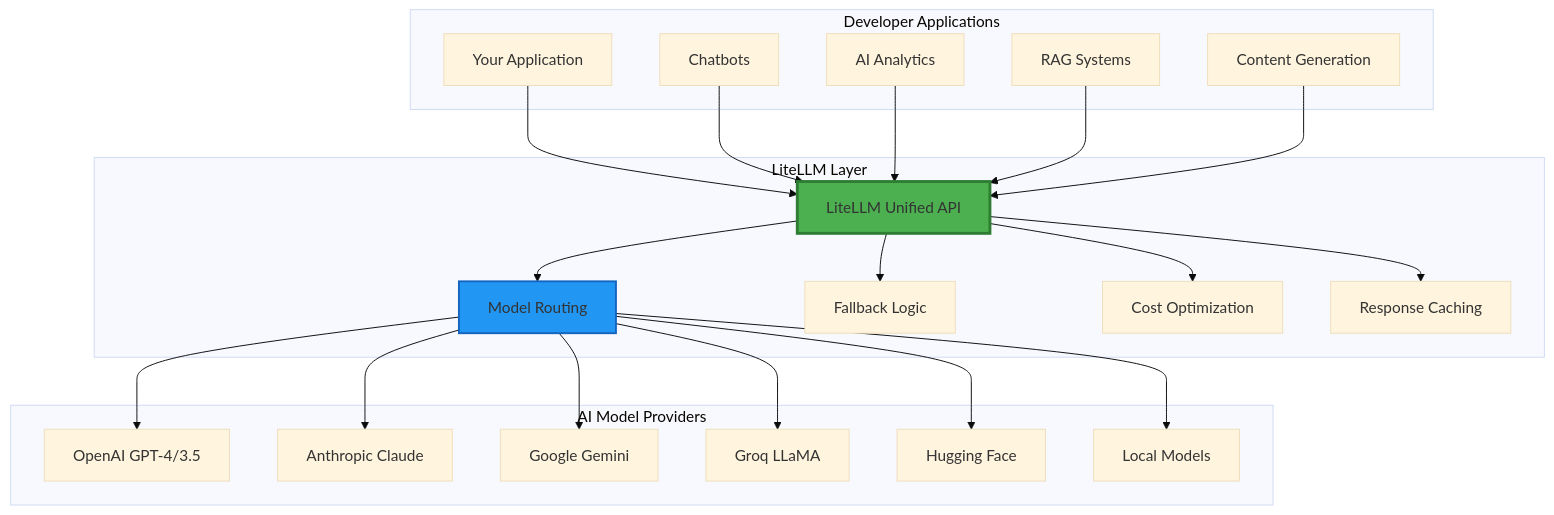
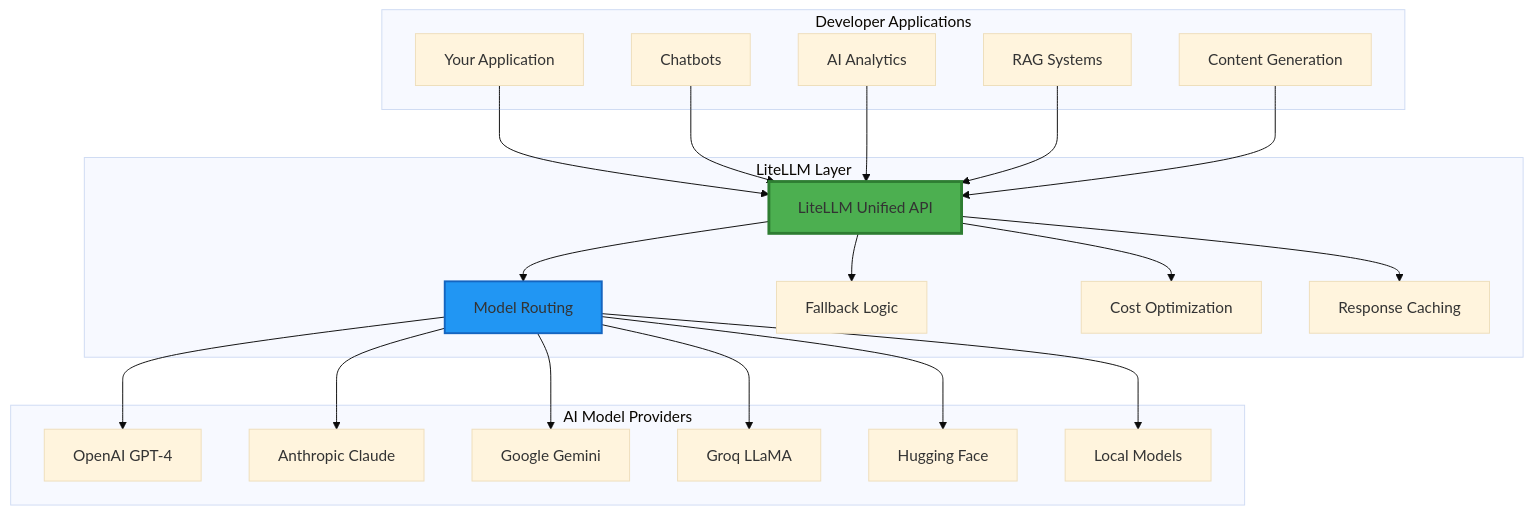
The first of 8 diagrams in README.MD (dhruvsh1997/LiteLLM-Experiments), drawn with Mermaid (base theme) before and after one commit. The commit also changed other lines of this file, not shown here.

````diff
--- a/README.MD
+++ b/README.MD
@@ -47,48 +47,48 @@
 ```mermaid
 graph TB
     subgraph "Developer Applications"
         A[Your Application]
         B[Chatbots]
         C[AI Analytics]
         D[RAG Systems]
         E[Content Generation]
     end
     
     subgraph "LiteLLM Layer"
         F[LiteLLM Unified API]
         G[Model Routing]
         H[Fallback Logic]
         I[Cost Optimization]
         J[Response Caching]
     end
     
     subgraph "AI Model Providers"
-        K[OpenAI GPT-4/3.5]
+        K[OpenAI GPT-4]
         L[Anthropic Claude]
         M[Google Gemini]
         N[Groq LLaMA]
         O[Hugging Face]
         P[Local Models]
     end
     
     A --> F
     B --> F
     C --> F
     D --> F
     E --> F
     
     F --> G
     F --> H
     F --> I
     F --> J
     
     G --> K
     G --> L
     G --> M
     G --> N
     G --> O
     G --> P
     
     style F fill:#4CAF50,stroke:#2E7D32,stroke-width:3px
     style G fill:#2196F3,stroke:#1565C0,stroke-width:2px
 ```
````
